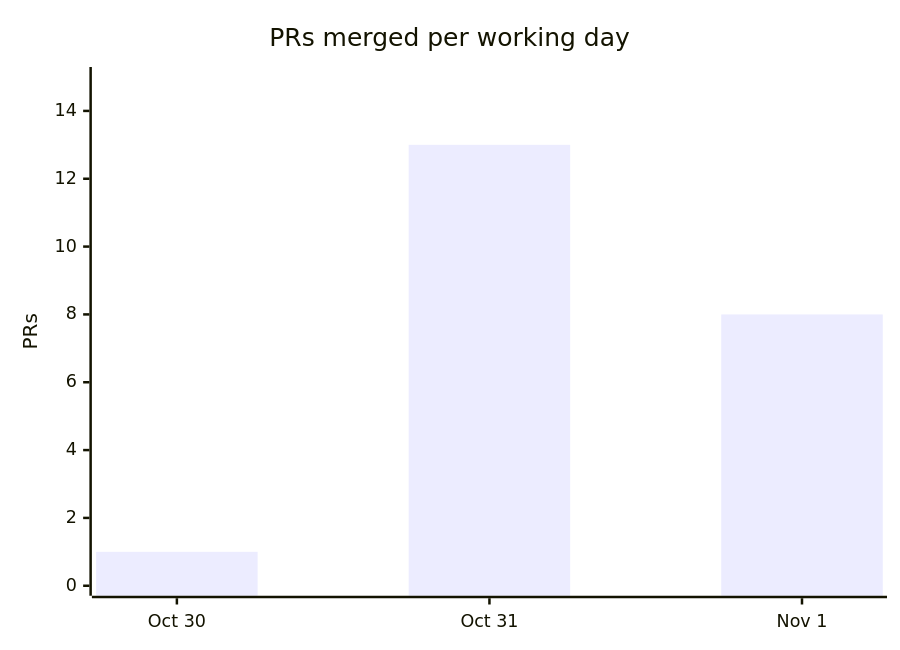
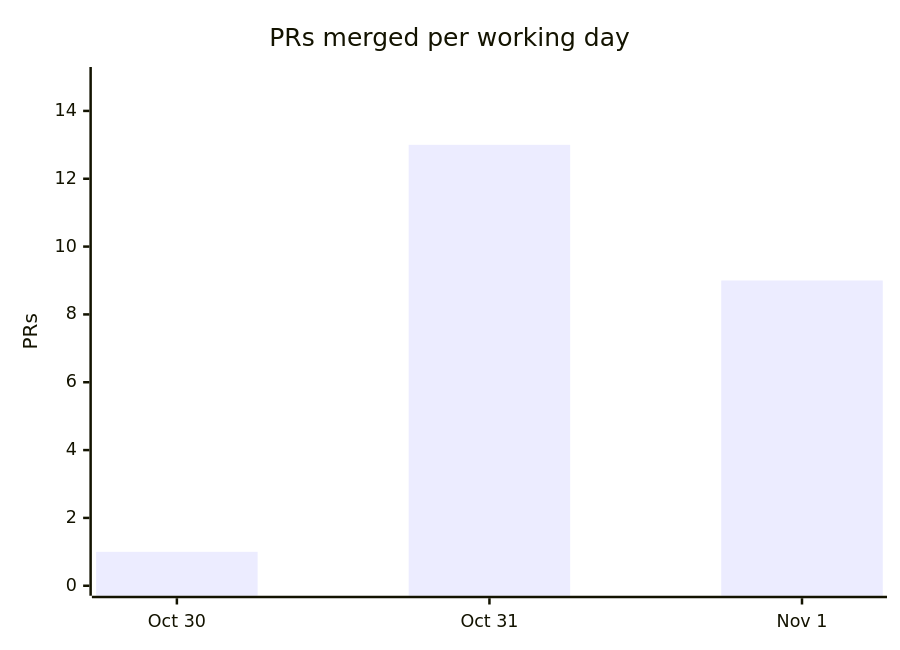
Before and after one commit to cmprssd/nfsh: the fourth of 4 diagrams in docs/OVERVIEW.md, drawn with Mermaid. The commit also changed other lines of this file and 13 other files, not shown here.

````diff
--- a/docs/OVERVIEW.md
+++ b/docs/OVERVIEW.md
@@ -139,7 +139,7 @@
 ```mermaid
 xychart-beta
     title "PRs merged per working day"
     x-axis ["Oct 30", "Oct 31", "Nov 1"]
     y-axis "PRs" 0 --> 15
-    bar [1, 13, 8]
+    bar [1, 13, 9]
 ```
````
